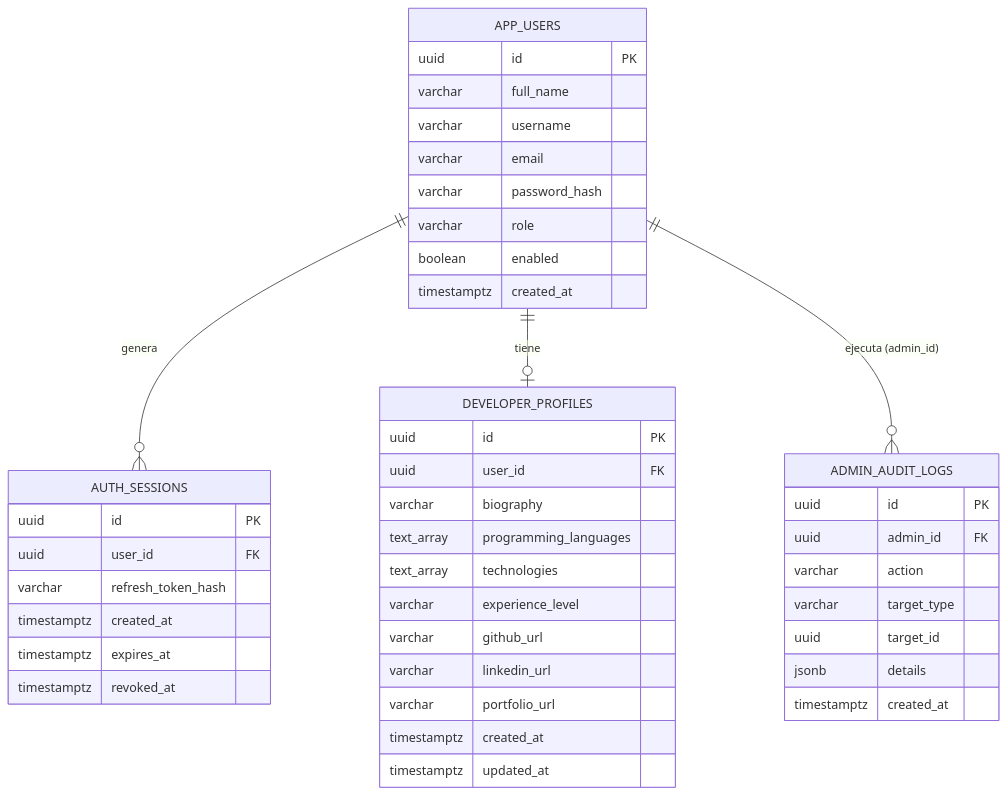
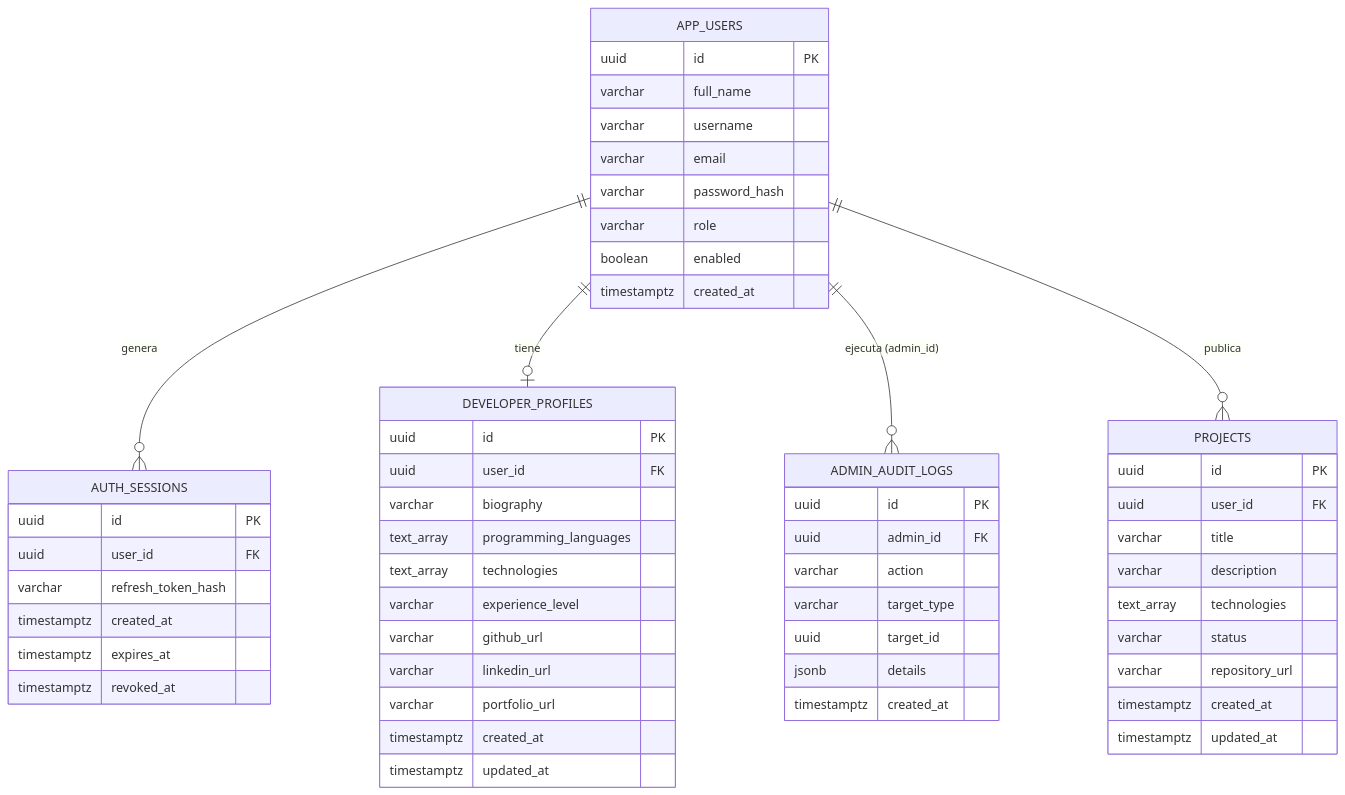
The diagram in README.md (dipper-ing/EAV02-Bases-De-Datos), drawn with Mermaid before and after one commit. The commit also changed other lines of this file and 1 other file, not shown here.

````diff
--- a/README.md
+++ b/README.md
@@ -68,50 +62,63 @@
 ```mermaid
 erDiagram
     APP_USERS ||--o{ AUTH_SESSIONS : "genera"
     APP_USERS ||--o| DEVELOPER_PROFILES : "tiene"
     APP_USERS ||--o{ ADMIN_AUDIT_LOGS : "ejecuta (admin_id)"
+    APP_USERS ||--o{ PROJECTS : "publica"
 
     APP_USERS {
         uuid id PK
         varchar full_name
         varchar username
         varchar email
         varchar password_hash
         varchar role
         boolean enabled
         timestamptz created_at
     }
 
     AUTH_SESSIONS {
         uuid id PK
         uuid user_id FK
         varchar refresh_token_hash
         timestamptz created_at
         timestamptz expires_at
         timestamptz revoked_at
     }
 
     DEVELOPER_PROFILES {
         uuid id PK
         uuid user_id FK
         varchar biography
         text_array programming_languages
         text_array technologies
         varchar experience_level
         varchar github_url
         varchar linkedin_url
         varchar portfolio_url
         timestamptz created_at
         timestamptz updated_at
     }
 
     ADMIN_AUDIT_LOGS {
         uuid id PK
         uuid admin_id FK
         varchar action
         varchar target_type
         uuid target_id
         jsonb details
         timestamptz created_at
     }
+
+    PROJECTS {
+        uuid id PK
+        uuid user_id FK
+        varchar title
+        varchar description
+        text_array technologies
+        varchar status
+        varchar repository_url
+        timestamptz created_at
+        timestamptz updated_at
+    }
 ```
````
